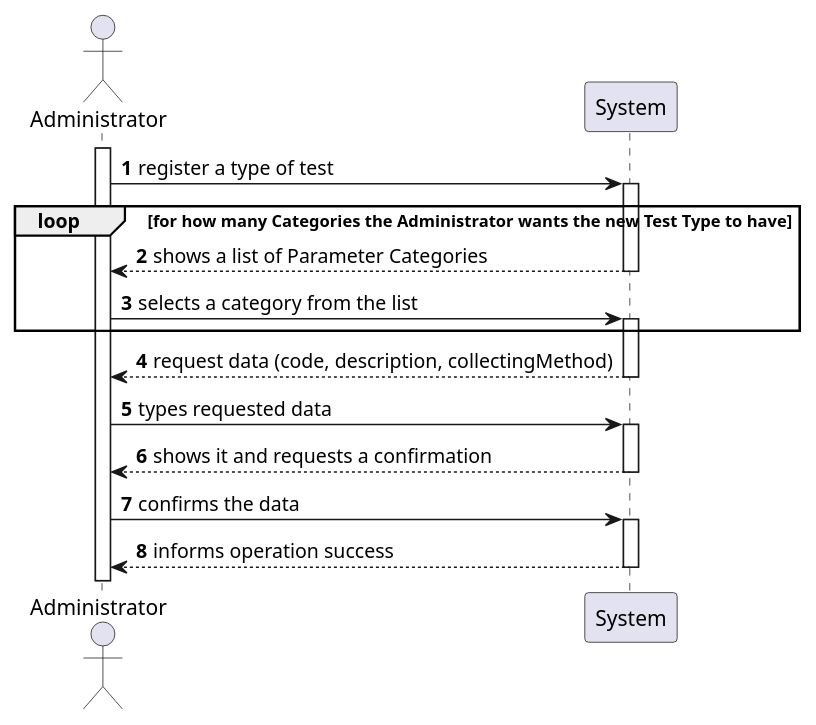
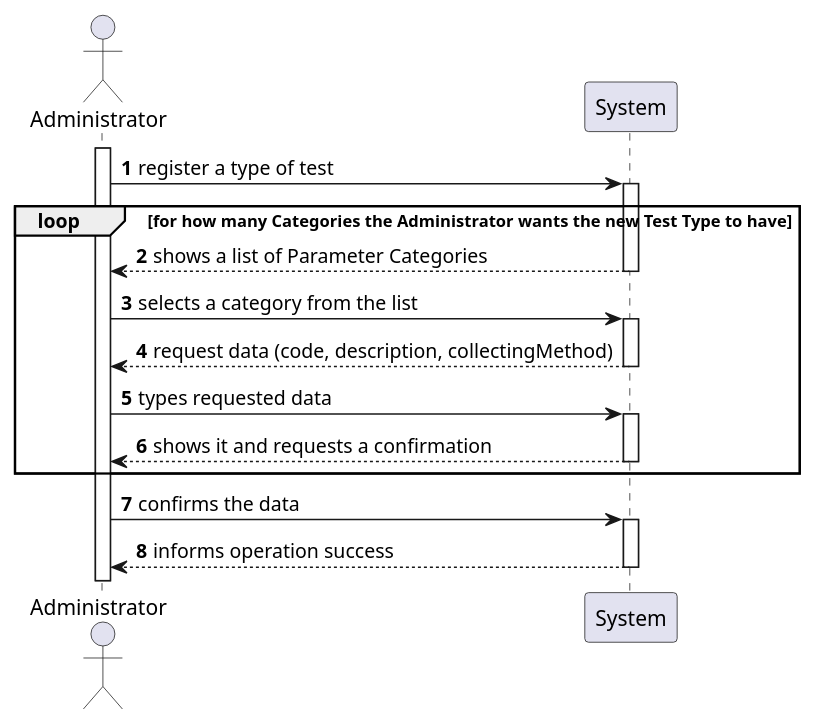
The diagram in docs/SprintC/US09/US09-SSD.puml (0franciscor/lei-21-s2-1de-g19), drawn with PlantUML before and after one commit. The commit also changed 16 other files, not shown here.

```diff
--- a/docs/SprintC/US09/US09-SSD.puml
+++ b/docs/SprintC/US09/US09-SSD.puml
@@ -1,20 +1,18 @@
 @startuml
-'https://plantuml.com/sequence-diagram
-
 autonumber
 
 actor "Administrator" as admin
 activate admin
 
 admin -> System ++: register a type of test
 loop for how many Categories the Administrator wants the new Test Type to have
 System --> admin --: shows a list of Parameter Categories
 admin -> System ++: selects a category from the list
-end
 System -->  admin --: request data (code, description, collectingMethod)
 admin ->  System ++: types requested data
 System --> admin --: shows it and requests a confirmation
+end
 admin -> System ++: confirms the data
 System --> admin --: informs operation success
 
 @enduml
```
